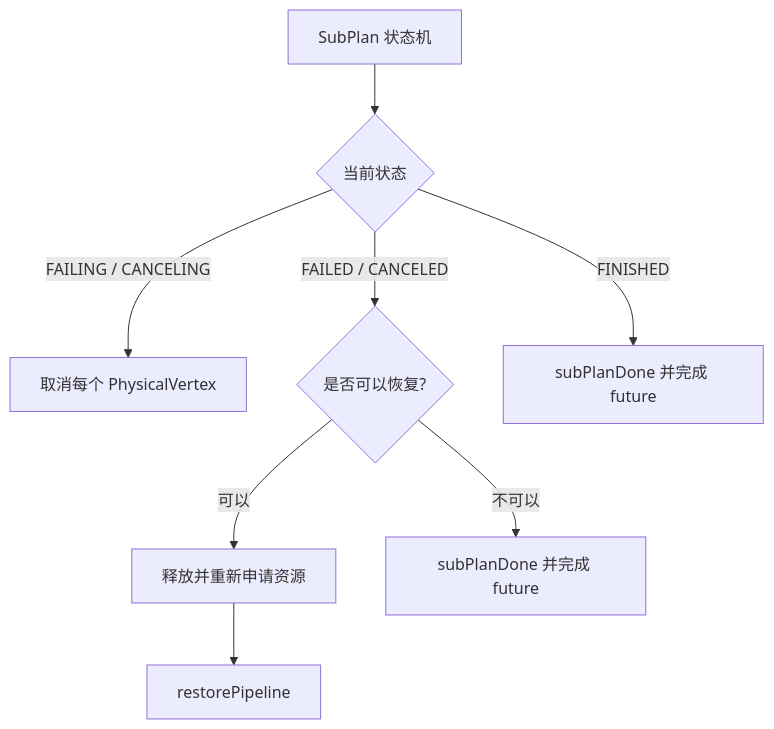
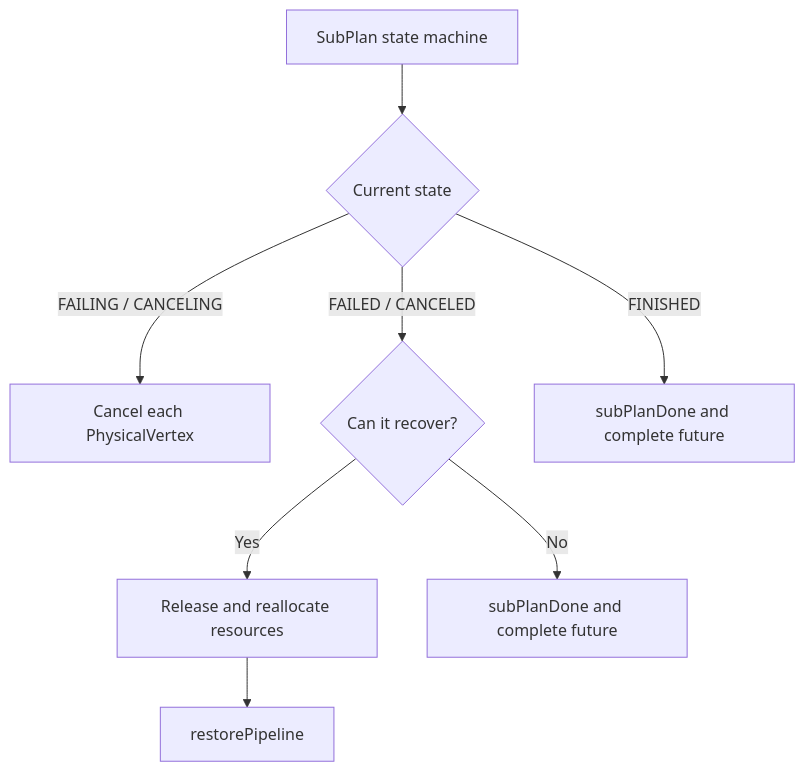
One commit to apache/seatunnel-website changed the sixth of 7 diagrams in blog/2026-07-07-seatunnel-submit-job-flow.md. Above: the diagram before and after it, drawn with Mermaid. The commit also changed other lines of this file and 1 other file, not shown here.

Commit message:
[Blog] Add English translation for job submission flow

````diff
--- a/blog/2026-07-07-seatunnel-submit-job-flow.md
+++ b/blog/2026-07-07-seatunnel-submit-job-flow.md
@@ -205,10 +205,10 @@
 ```mermaid
 flowchart TD
-    A[SubPlan 状态机] --> B{当前状态}
-    B -- FAILING / CANCELING --> C[取消每个 PhysicalVertex]
-    B -- FAILED / CANCELED --> D{是否可以恢复?}
-    D -- 可以 --> E[释放并重新申请资源]
+    A[SubPlan state machine] --> B{Current state}
+    B -- FAILING / CANCELING --> C[Cancel each PhysicalVertex]
+    B -- FAILED / CANCELED --> D{Can it recover?}
+    D -- Yes --> E[Release and reallocate resources]
     E --> F[restorePipeline]
-    D -- 不可以 --> G[subPlanDone 并完成 future]
-    B -- FINISHED --> H[subPlanDone 并完成 future]
+    D -- No --> G[subPlanDone and complete future]
+    B -- FINISHED --> H[subPlanDone and complete future]
 ```
````
